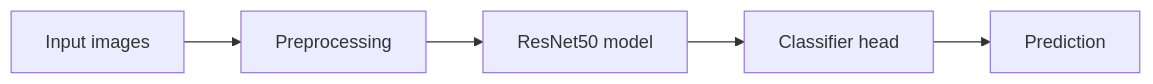
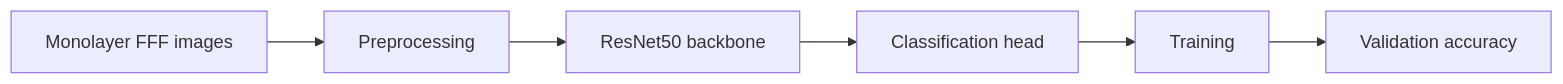
The first of 3 diagrams in README.md (prasannanjaneyreddychalla/monolayerfff-resnet50), drawn with Mermaid before and after one commit. The commit also changed other lines of this file, not shown here.

````diff
--- a/README.md
+++ b/README.md
@@ -13,7 +26,8 @@
 ```mermaid
 flowchart LR
-    A[Input images] --> B[Preprocessing]
-    B --> C[ResNet50 model]
-    C --> D[Classifier head]
-    D --> E[Prediction]
+    A[Monolayer FFF images] --> B[Preprocessing]
+    B --> C[ResNet50 backbone]
+    C --> D[Classification head]
+    D --> E[Training]
+    E --> F[Validation accuracy]
 ```
````
